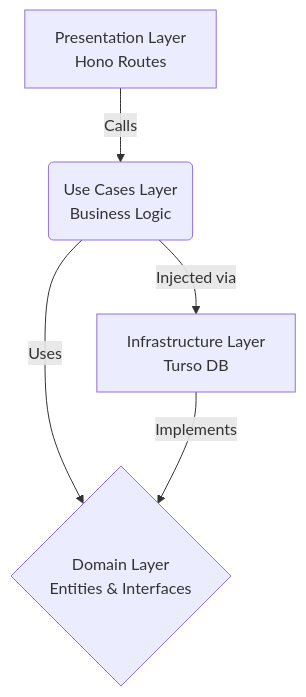
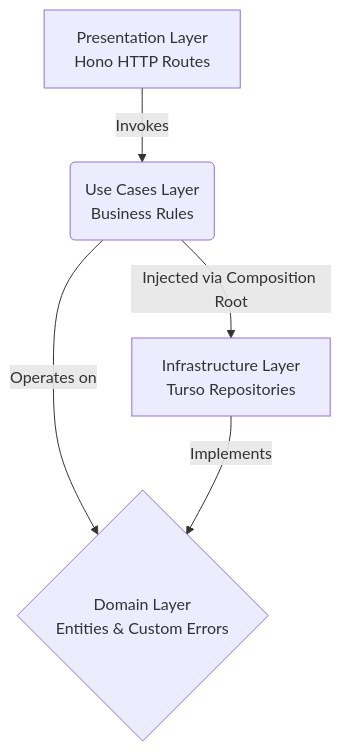
The diagram in README.md (TecTroncoso/Black-Mirror), drawn with Mermaid before and after one commit. The commit also changed other lines of this file and 1 other file, not shown here.

Commit message:
Docs: Enhance READMEs with professional formatting and deeper architecture explanations

````diff
--- a/README.md
+++ b/README.md
@@ -76,7 +41,7 @@
 ```mermaid
 graph TD
-    A[Presentation Layer<br/>Hono Routes] -->|Calls| B(Use Cases Layer<br/>Business Logic)
-    B -->|Uses| C{Domain Layer<br/>Entities & Interfaces}
-    D[Infrastructure Layer<br/>Turso DB] -->|Implements| C
-    B -->|Injected via| D
+    A[Presentation Layer<br/>Hono HTTP Routes] -->|Invokes| B(Use Cases Layer<br/>Business Rules)
+    B -->|Operates on| C{Domain Layer<br/>Entities & Custom Errors}
+    D[Infrastructure Layer<br/>Turso Repositories] -->|Implements| C
+    B -->|Injected via Composition Root| D
 ```
````
